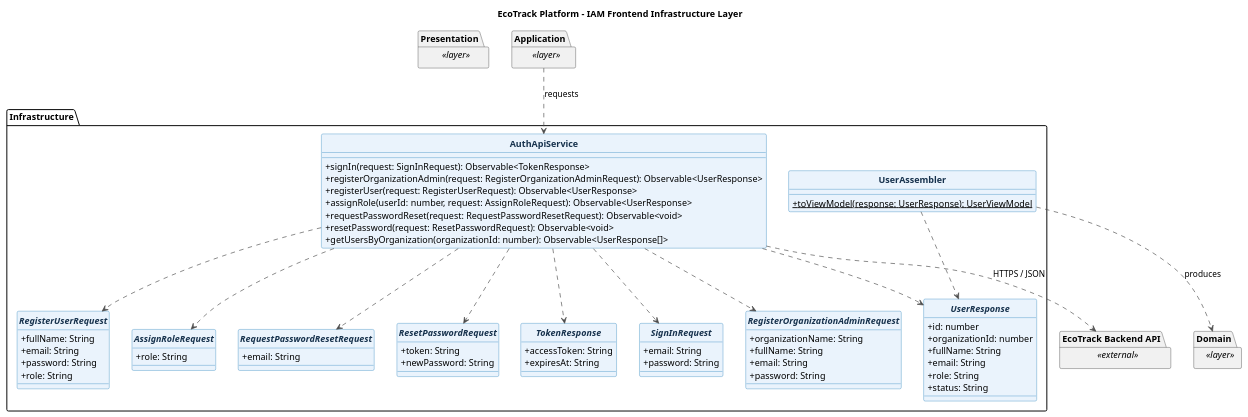
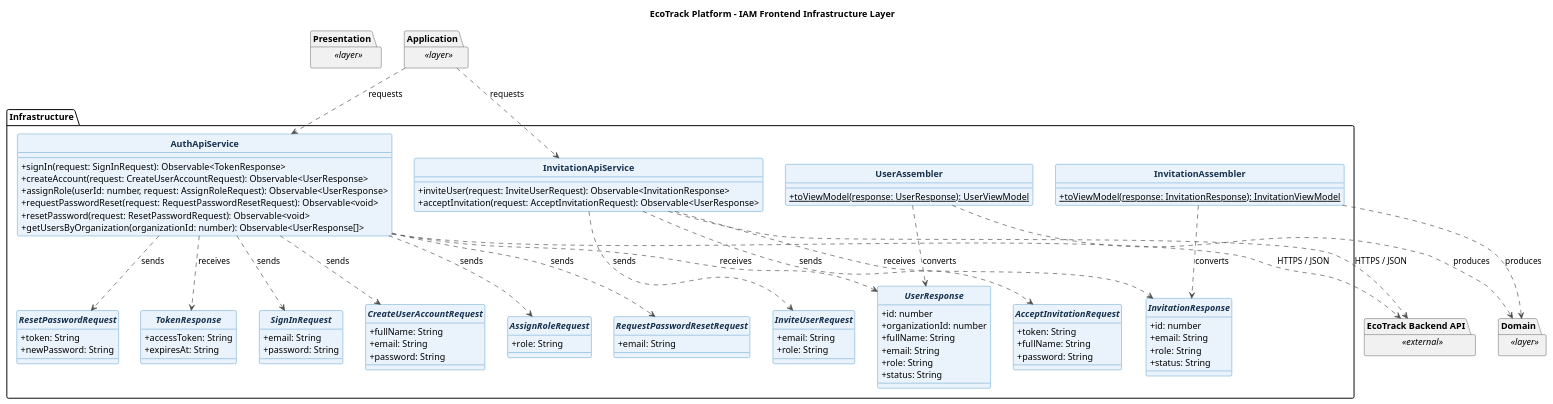
The diagram in docs/diagrams/class/frontend/ecotrack-iam-frontend-infrastructure-layer-class-diagram.puml (Horizon-OpenSource/report), drawn with PlantUML before and after one commit. The commit also changed 148 other files, not shown here.

Commit message:
docs: add class diagrams for all bounded contexts and update database diagram

```diff
--- a/docs/diagrams/class/frontend/ecotrack-iam-frontend-infrastructure-layer-class-diagram.puml
+++ b/docs/diagrams/class/frontend/ecotrack-iam-frontend-infrastructure-layer-class-diagram.puml
@@ -1,93 +1,115 @@
 @startuml
 title EcoTrack Platform - IAM Frontend Infrastructure Layer
 skinparam backgroundColor #FFFFFF
 skinparam shadowing false
 skinparam classAttributeIconSize 0
 skinparam classFontStyle bold
 skinparam class {
   BackgroundColor #EAF3FC
   BorderColor #0B6FB3
   ArrowColor #4A4A4A
   FontColor #17324D
 }
 hide circle
 
 package "Infrastructure" {
   class AuthApiService {
     +signIn(request: SignInRequest): Observable<TokenResponse>
-    +registerOrganizationAdmin(request: RegisterOrganizationAdminRequest): Observable<UserResponse>
-    +registerUser(request: RegisterUserRequest): Observable<UserResponse>
+    +createAccount(request: CreateUserAccountRequest): Observable<UserResponse>
     +assignRole(userId: number, request: AssignRoleRequest): Observable<UserResponse>
     +requestPasswordReset(request: RequestPasswordResetRequest): Observable<void>
     +resetPassword(request: ResetPasswordRequest): Observable<void>
     +getUsersByOrganization(organizationId: number): Observable<UserResponse[]>
   }
 
+  class InvitationApiService {
+    +inviteUser(request: InviteUserRequest): Observable<InvitationResponse>
+    +acceptInvitation(request: AcceptInvitationRequest): Observable<UserResponse>
+  }
+
   interface SignInRequest {
     +email: String
     +password: String
   }
-  interface RegisterOrganizationAdminRequest {
-    +organizationName: String
+  interface CreateUserAccountRequest {
     +fullName: String
     +email: String
     +password: String
-  }
-  interface RegisterUserRequest {
-    +fullName: String
-    +email: String
-    +password: String
-    +role: String
   }
   interface AssignRoleRequest {
     +role: String
   }
   interface RequestPasswordResetRequest {
     +email: String
   }
   interface ResetPasswordRequest {
     +token: String
     +newPassword: String
   }
+  interface InviteUserRequest {
+    +email: String
+    +role: String
+  }
+  interface AcceptInvitationRequest {
+    +token: String
+    +fullName: String
+    +password: String
+  }
   interface UserResponse {
     +id: number
     +organizationId: number
     +fullName: String
+    +email: String
+    +role: String
+    +status: String
+  }
+  interface InvitationResponse {
+    +id: number
     +email: String
     +role: String
     +status: String
   }
   interface TokenResponse {
     +accessToken: String
     +expiresAt: String
   }
 
   class UserAssembler {
     +{static} toViewModel(response: UserResponse): UserViewModel
   }
 
-  AuthApiService ..> SignInRequest
-  AuthApiService ..> RegisterOrganizationAdminRequest
-  AuthApiService ..> RegisterUserRequest
-  AuthApiService ..> AssignRoleRequest
-  AuthApiService ..> RequestPasswordResetRequest
-  AuthApiService ..> ResetPasswordRequest
-  AuthApiService ..> UserResponse
-  AuthApiService ..> TokenResponse
-  UserAssembler ..> UserResponse
+  class InvitationAssembler {
+    +{static} toViewModel(response: InvitationResponse): InvitationViewModel
+  }
+
+  AuthApiService ..> SignInRequest : sends
+  AuthApiService ..> CreateUserAccountRequest : sends
+  AuthApiService ..> AssignRoleRequest : sends
+  AuthApiService ..> RequestPasswordResetRequest : sends
+  AuthApiService ..> ResetPasswordRequest : sends
+  AuthApiService ..> UserResponse : receives
+  AuthApiService ..> TokenResponse : receives
+  InvitationApiService ..> InviteUserRequest : sends
+  InvitationApiService ..> AcceptInvitationRequest : sends
+  InvitationApiService ..> InvitationResponse : receives
+  UserAssembler ..> UserResponse : converts
+  InvitationAssembler ..> InvitationResponse : converts
 }
 
 package "Presentation" as Frontend_iam_Presentation <<layer>> {
 }
 package "Application" as Frontend_iam_Application <<layer>> {
 }
 package "Domain" as Frontend_iam_Domain <<layer>> {
 }
 package "EcoTrack Backend API" as Backend <<external>> {
 }
 
 Frontend_iam_Application ..> AuthApiService : requests
+Frontend_iam_Application ..> InvitationApiService : requests
 AuthApiService ..> Backend : HTTPS / JSON
+InvitationApiService ..> Backend : HTTPS / JSON
 UserAssembler ..> Frontend_iam_Domain : produces
+InvitationAssembler ..> Frontend_iam_Domain : produces
 
 @enduml
```
